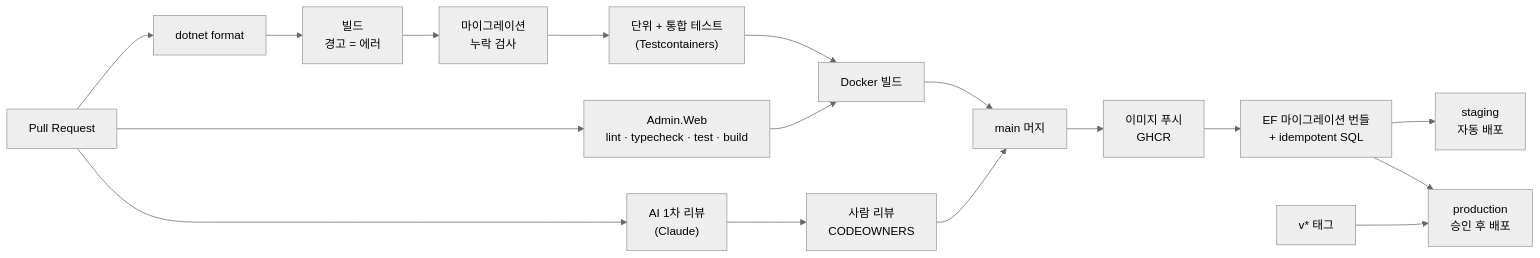
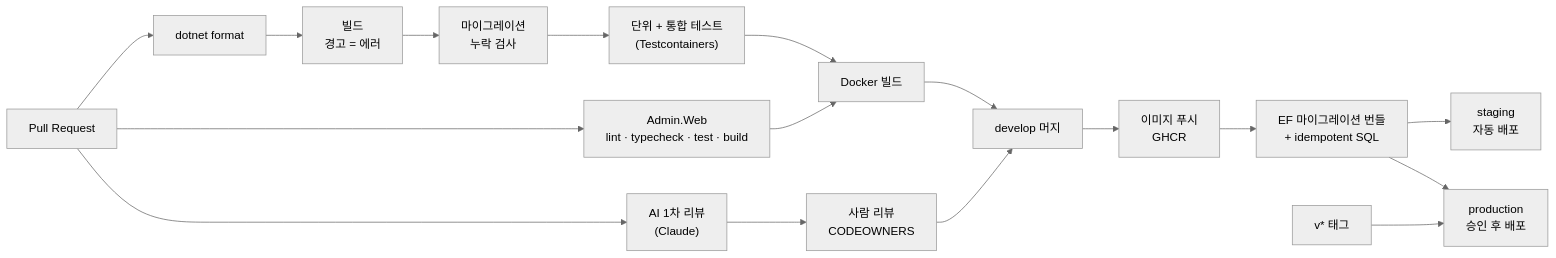
The sixth of 6 diagrams in README.ko.md (hyunolike/game-portal-poc), drawn with Mermaid (neutral theme) before and after one commit. The commit also changed 6 other files, not shown here.

````diff
--- a/README.ko.md
+++ b/README.ko.md
@@ -256,11 +256,11 @@
 ```mermaid
 flowchart LR
     PR["Pull Request"] --> Fmt["dotnet format"] --> Build["빌드<br/>경고 = 에러"] --> Mig["마이그레이션<br/>누락 검사"] --> Tests["단위 + 통합 테스트<br/>(Testcontainers)"] --> Docker["Docker 빌드"]
     PR --> FE["Admin.Web<br/>lint · typecheck · test · build"] --> Docker
     PR --> AI["AI 1차 리뷰<br/>(Claude)"] --> Human["사람 리뷰<br/>CODEOWNERS"]
-    Docker --> Merge["main 머지"]
+    Docker --> Merge["develop 머지"]
     Human --> Merge
     Merge --> Push["이미지 푸시<br/>GHCR"] --> Bundle["EF 마이그레이션 번들<br/>+ idempotent SQL"] --> Staging["staging<br/>자동 배포"]
     Tag["v* 태그"] --> Prod["production<br/>승인 후 배포"]
     Bundle --> Prod
 ```
````
